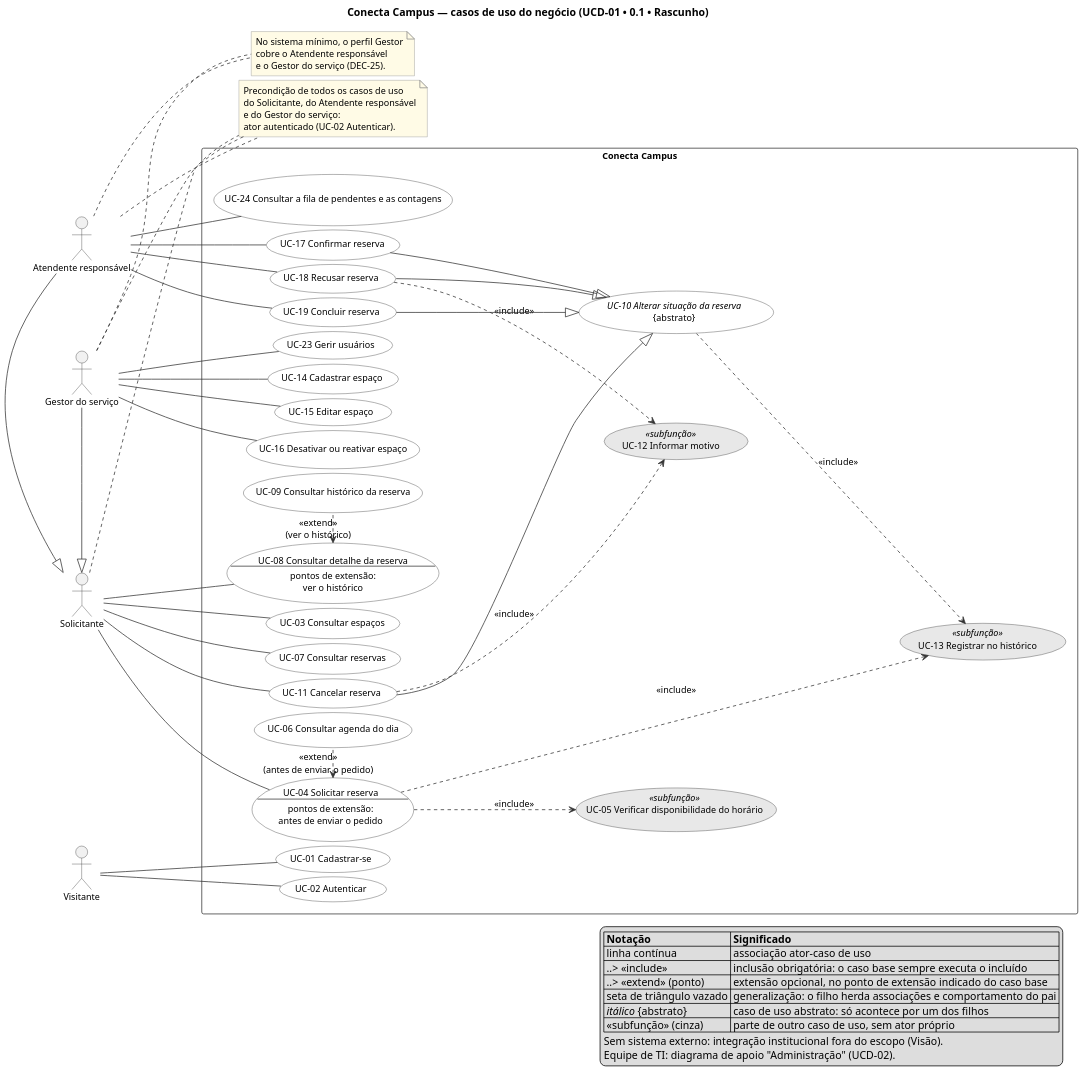
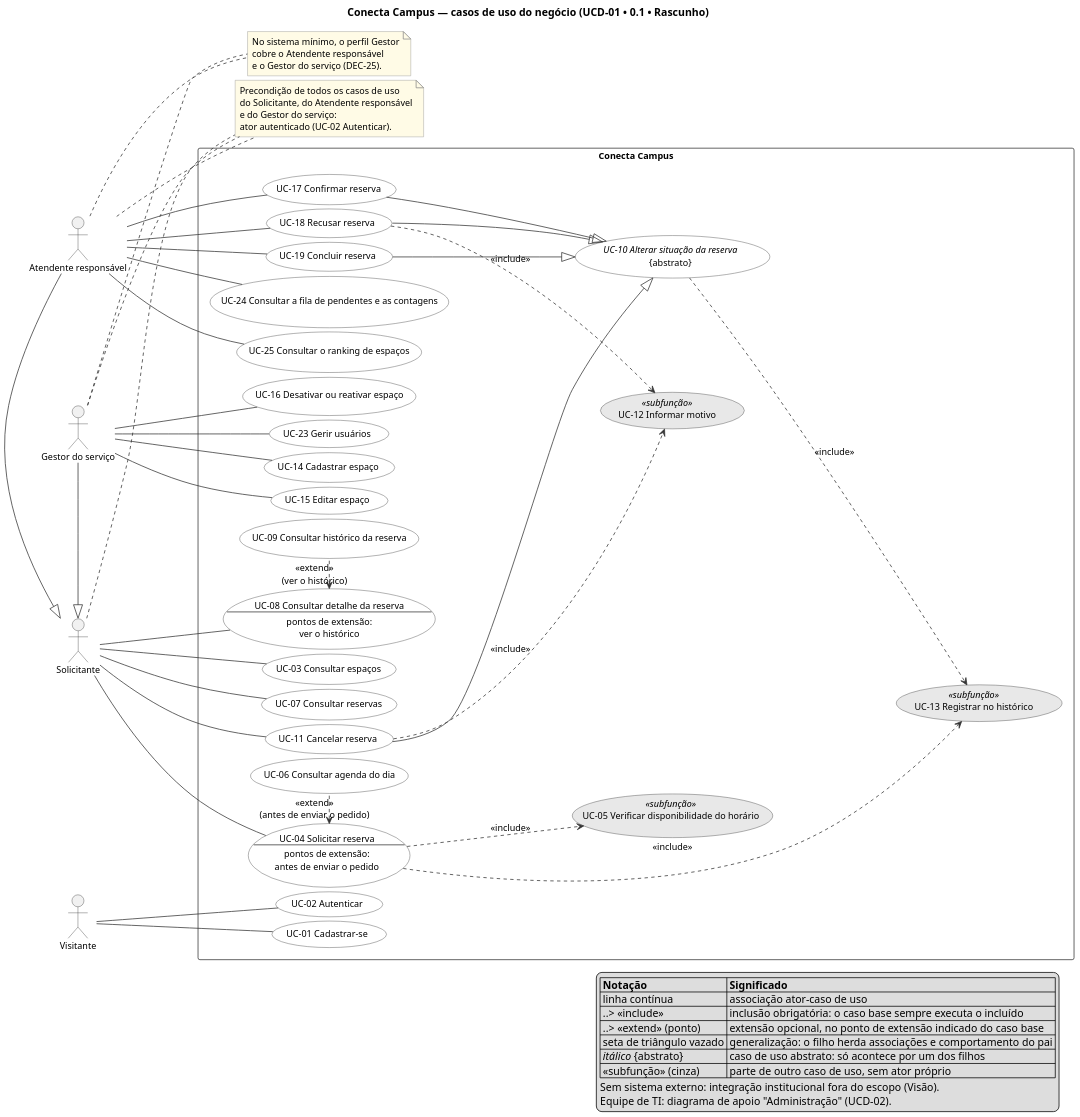
One commit to maxzdosreis/PP_Grupo03_ConectaCampus changed the diagram in docs/fontes/requisitos/casos-de-uso/diagrama-casos-de-uso.puml. Above: the diagram before and after it, drawn with PlantUML. The commit also changed 60 other files, not shown here.

Commit message:
feat(reservas): Gestor consulta o ranking de espaços mais reservados

```diff
--- a/docs/fontes/requisitos/casos-de-uso/diagrama-casos-de-uso.puml
+++ b/docs/fontes/requisitos/casos-de-uso/diagrama-casos-de-uso.puml
@@ -1,123 +1,125 @@
 @startuml diagrama-casos-de-uso
 ' UCD-01 • 0.1 • Rascunho — diagrama de casos de uso do negócio (REQ-03).
 ' Fonte versionada. Os arquivos .svg e .png ao lado são GERADOS a partir deste
 ' arquivo (comando no README.md desta pasta): não os edite à mão.
 ' Nomes de atores e casos de uso: glossario.md. Decisões de modelagem: README.md.
 
 left to right direction
 skinparam dpi 150
 skinparam shadowing false
 ' Menos espaço entre linhas e mais entre colunas: cabe melhor numa A4 deitada.
 skinparam nodesep 6
 skinparam ranksep 110
 skinparam defaultFontSize 12
 skinparam ArrowColor #333333
 skinparam ActorBorderColor #333333
 skinparam RectangleBorderColor #333333
 skinparam NoteBorderColor #888888
 skinparam NoteBackgroundColor #FFFBE6
 skinparam usecase {
   BackgroundColor #FFFFFF
   BorderColor #333333
   BackgroundColor<<subfunção>> #E8E8E8
 }
 
 title Conecta Campus — casos de uso do negócio (UCD-01 • 0.1 • Rascunho)
 
 actor "Gestor do serviço" as GestorDoServico
 actor "Atendente responsável" as Atendente
 actor Solicitante
 actor Visitante
 ' Generalização de atores: o Atendente responsável e o Gestor do serviço são Solicitantes com
 ' mais casos de uso. No sistema mínimo (DEC-25), um perfil só, o Gestor, cobre os dois papéis.
 ' Um traço só deixa os atores na mesma coluna.
 Atendente -|> Solicitante
 GestorDoServico -|> Solicitante
 
 rectangle "Conecta Campus" {
   usecase "UC-03 Consultar espaços" as UC03
   usecase "UC-04 Solicitar reserva\n--\npontos de extensão:\nantes de enviar o pedido" as UC04
   usecase "UC-05 Verificar disponibilidade do horário" as UC05 <<subfunção>>
   usecase "UC-06 Consultar agenda do dia" as UC06
   usecase "UC-07 Consultar reservas" as UC07
   usecase "UC-08 Consultar detalhe da reserva\n--\npontos de extensão:\nver o histórico" as UC08
   usecase "UC-09 Consultar histórico da reserva" as UC09
   usecase "//UC-10 Alterar situação da reserva//\n{abstrato}" as UC10
   usecase "UC-11 Cancelar reserva" as UC11
   usecase "UC-12 Informar motivo" as UC12 <<subfunção>>
   usecase "UC-13 Registrar no histórico" as UC13 <<subfunção>>
 
   usecase "UC-14 Cadastrar espaço" as UC14
   usecase "UC-15 Editar espaço" as UC15
   usecase "UC-16 Desativar ou reativar espaço" as UC16
   usecase "UC-17 Confirmar reserva" as UC17
   usecase "UC-18 Recusar reserva" as UC18
   usecase "UC-19 Concluir reserva" as UC19
   usecase "UC-23 Gerir usuários" as UC23
   usecase "UC-24 Consultar a fila de pendentes e as contagens" as UC24
+  usecase "UC-25 Consultar o ranking de espaços" as UC25
 
   usecase "UC-01 Cadastrar-se" as UC01
   usecase "UC-02 Autenticar" as UC02
 }
 
 ' Associações ator–caso de uso (o Atendente responsável e o Gestor do serviço herdam as do Solicitante). UC-06 e UC-09
 ' não têm associação própria: só acontecem como extensão de UC-04 e UC-08.
 Visitante -- UC01
 Visitante -- UC02
 
 Solicitante -- UC03
 Solicitante -- UC04
 Solicitante -- UC07
 Solicitante -- UC08
 Solicitante -- UC11
 
 GestorDoServico -- UC14
 GestorDoServico -- UC15
 GestorDoServico -- UC16
 GestorDoServico -- UC23
 Atendente -- UC17
 Atendente -- UC18
 Atendente -- UC19
 Atendente -- UC24
+Atendente -- UC25
 
 ' Inclusões (obrigatórias): base ..> incluído ("...>" é a mesma seta, mais longa, só de layout)
 UC04 ..> UC05 : <<include>>
 UC04 ...> UC13 : <<include>>
 UC10 ..> UC13 : <<include>>
 UC11 ..> UC12 : <<include>>
 UC18 ..> UC12 : <<include>>
 
 ' Extensões (opcionais): a seta vai da extensão para a base, no ponto de extensão
 ' indicado. Escritas como "base <. extensão" (um ponto) só para a extensão ficar logo abaixo da base.
 UC04 <. UC06 : <<extend>>\n(antes de enviar o pedido)
 UC08 <. UC09 : <<extend>>\n(ver o histórico)
 
 
 ' Generalização entre casos de uso: filho --|> pai abstrato
 UC11 --|> UC10
 UC17 --|> UC10
 UC18 --|> UC10
 UC19 --|> UC10
 
 note "Precondição de todos os casos de uso\ndo Solicitante, do Atendente responsável\ne do Gestor do serviço:\nator autenticado (UC-02 Autenticar)." as PRECONDICAO
 Solicitante .. PRECONDICAO
 Atendente .. PRECONDICAO
 GestorDoServico .. PRECONDICAO
 
 note "No sistema mínimo, o perfil Gestor\ncobre o Atendente responsável\ne o Gestor do serviço (DEC-25)." as PERFILUNICO
 Atendente .. PERFILUNICO
 GestorDoServico .. PERFILUNICO
 
 legend right
   |= Notação |= Significado |
   | linha contínua | associação ator–caso de uso |
   | ..> <<include>> | inclusão obrigatória: o caso base sempre executa o incluído |
   | ..> <<extend>> (ponto) | extensão opcional, no ponto de extensão indicado do caso base |
   | seta de triângulo vazado | generalização: o filho herda associações e comportamento do pai |
   | //itálico// {abstrato} | caso de uso abstrato: só acontece por um dos filhos |
   | <<subfunção>> (cinza) | parte de outro caso de uso, sem ator próprio |
   Sem sistema externo: integração institucional fora do escopo (Visão).
   Equipe de TI: diagrama de apoio "Administração" (UCD-02).
 endlegend
 
 @enduml
```
